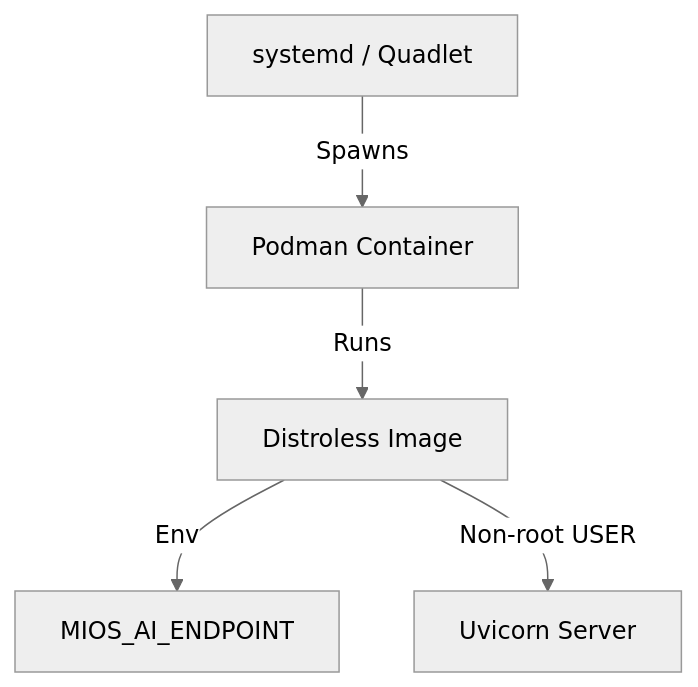
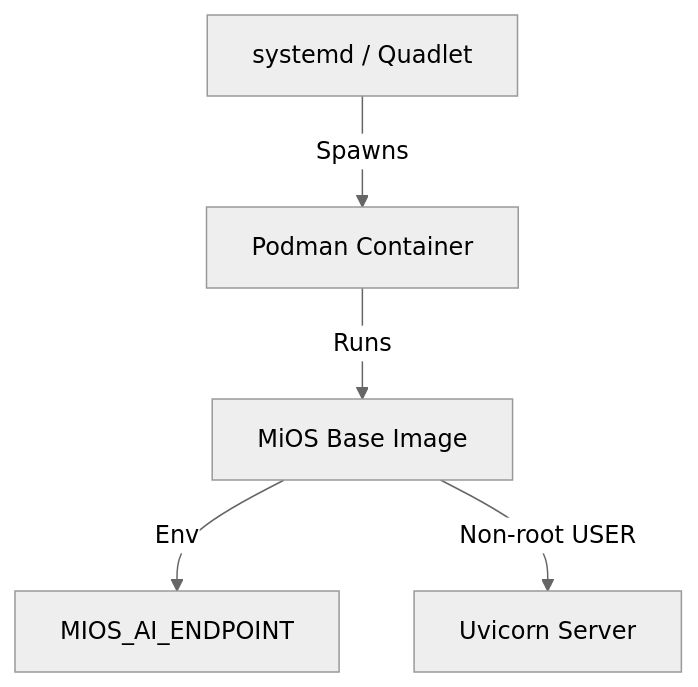
The diagram in usr/share/doc/mios/guides/hummingbird-distroless.md (mios-dev/MiOS), drawn with Mermaid (neutral theme) before and after one commit. The commit also changed other lines of this file and 113 other files, not shown here.

````diff
--- a/usr/share/doc/mios/guides/hummingbird-distroless.md
+++ b/usr/share/doc/mios/guides/hummingbird-distroless.md
@@ -12,7 +12,7 @@
 ```mermaid
 graph TD
     Systemd[systemd / Quadlet] -->|Spawns| Podman[Podman Container]
-    Podman -->|Runs| Distroless[Distroless Image]
-    Distroless -->|Env| Endpoint[MIOS_AI_ENDPOINT]
-    Distroless -->|Non-root USER| Execution[Uvicorn Server]
+    Podman -->|Runs| Native[MiOS Base Image]
+    Native -->|Env| Endpoint[MIOS_AI_ENDPOINT]
+    Native -->|Non-root USER| Execution[Uvicorn Server]
 ```
````
